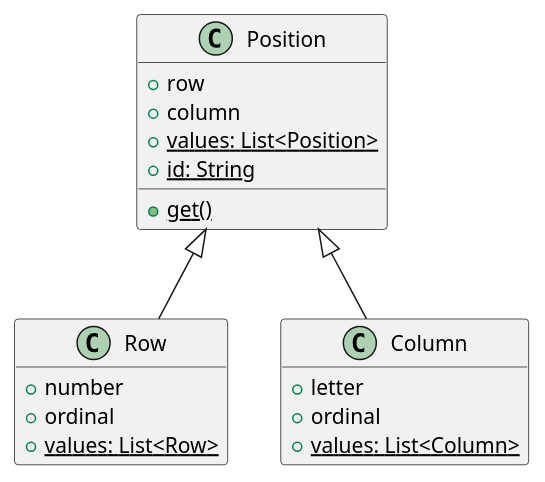
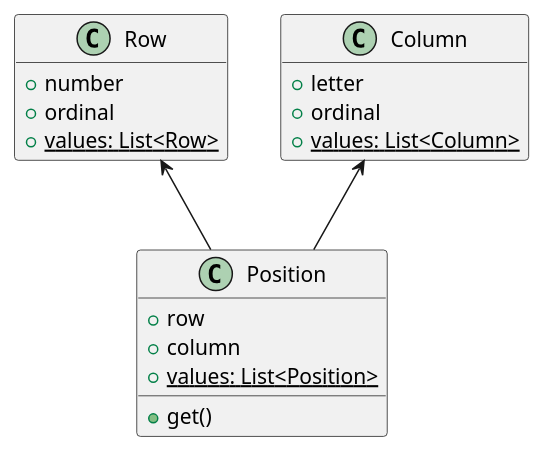
The diagram in src/main/kotlin/battleship/plantUMLs/model/Position.puml (ISEL-STRESSES/Battleship), drawn with PlantUML before and after one commit. The commit also changed 1 other file, not shown here.

```diff
--- a/src/main/kotlin/battleship/plantUMLs/model/Position.puml
+++ b/src/main/kotlin/battleship/plantUMLs/model/Position.puml
@@ -1,26 +1,25 @@
 @startuml
 hide empty members
 
 class Position{
 +row
 +column
 {static} +values: List<Position>
-{static} +id: String
-{static} +get()
++get()
 }
 
 class Row{
 +number
 +ordinal
 {static} +values: List<Row>
 }
 
 class Column{
 +letter
 +ordinal
 {static} +values: List<Column>
 }
 
-Position <|-- Row
-Position <|-- Column
+Row <-- Position
+Column <-- Position
 @enduml
```
